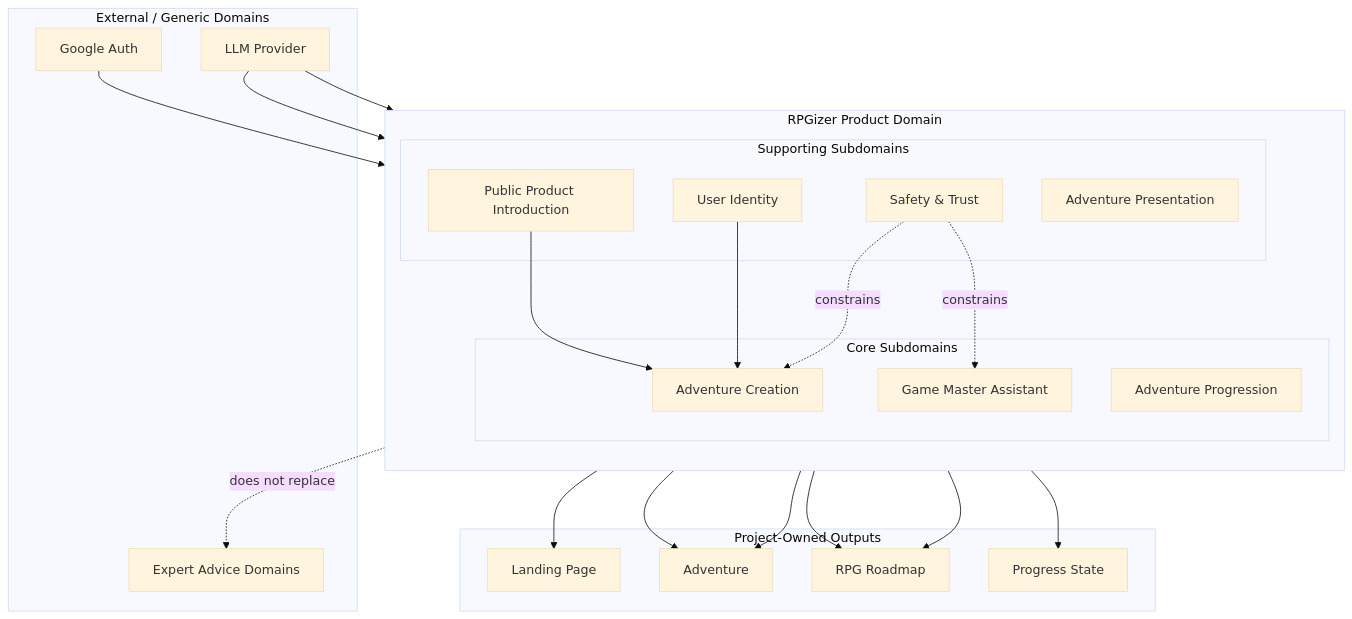
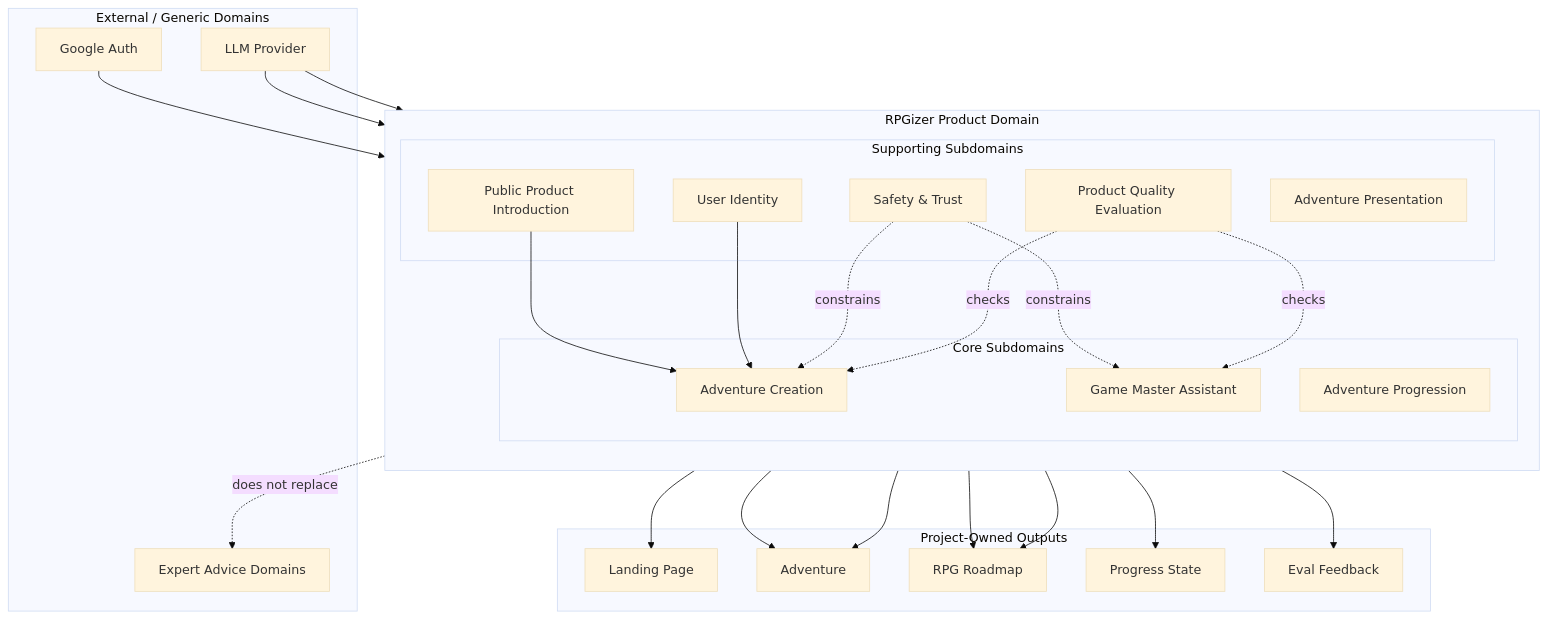
The first of 2 diagrams in docs/business-domain-model.md (juank11memphis/rpgizer), drawn with Mermaid (base theme) before and after one commit. The commit also changed other lines of this file and 14 other files, not shown here.

````diff
--- a/docs/business-domain-model.md
+++ b/docs/business-domain-model.md
@@ -97,47 +110,52 @@
 ```mermaid
 flowchart TB
   subgraph ProductDomain["RPGizer Product Domain"]
     direction TB
 
     subgraph Core["Core Subdomains"]
       Creation["Adventure Creation"]
       Progression["Adventure Progression"]
       Adaptation["Game Master Assistant"]
     end
 
     subgraph Supporting["Supporting Subdomains"]
       PublicIntro["Public Product Introduction"]
       Identity["User Identity"]
       Presentation["Adventure Presentation"]
       Trust["Safety & Trust"]
+      QualityEval["Product Quality Evaluation"]
     end
   end
 
   subgraph ProjectOwned["Project-Owned Outputs"]
     Landing["Landing Page"]
     Adventure["Adventure"]
     Roadmap["RPG Roadmap"]
     Progress["Progress State"]
+    EvalFeedback["Eval Feedback"]
   end
 
   subgraph External["External / Generic Domains"]
     Google["Google Auth"]
     LLM["LLM Provider"]
     Expert["Expert Advice Domains"]
   end
 
   PublicIntro --> Landing
   PublicIntro --> Creation
   Identity --> Creation
   Creation --> Adventure
   Creation --> Roadmap
   Progression --> Progress
   Adaptation --> Roadmap
   Presentation --> Adventure
   Trust -. constrains .-> Creation
   Trust -. constrains .-> Adaptation
+  QualityEval -. checks .-> Creation
+  QualityEval -. checks .-> Adaptation
+  QualityEval --> EvalFeedback
   Google --> Identity
   LLM --> Creation
   LLM --> Adaptation
   ProductDomain -. does not replace .-> Expert
 ```
````
